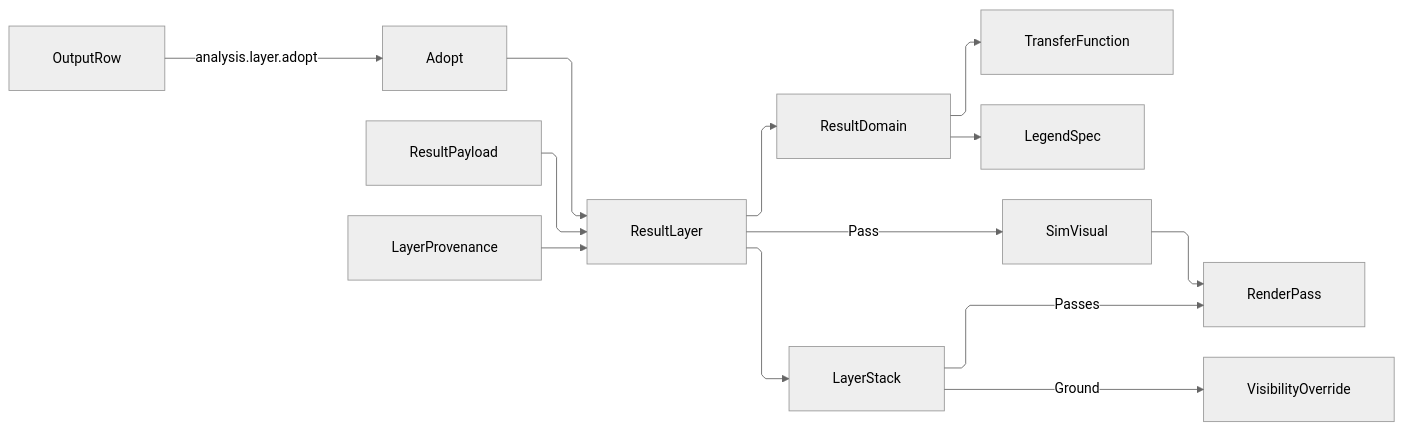
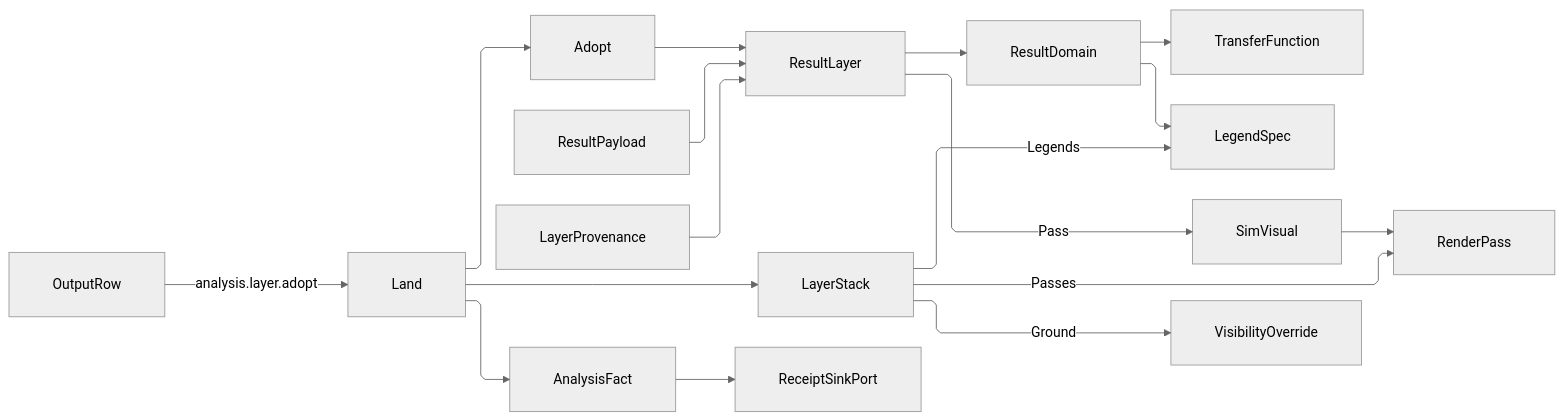
The diagram in libs/csharp/Rasm.AppUi/.planning/Analysis/layers.md (bsamiee/Rasm), drawn with Mermaid (neutral theme) before and after one commit. The commit also changed other lines of this file and 818 other files, not shown here.

````diff
--- a/libs/csharp/Rasm.AppUi/.planning/Analysis/layers.md
+++ b/libs/csharp/Rasm.AppUi/.planning/Analysis/layers.md
@@ -751,24 +863,28 @@
 ```mermaid
 ---
 config:
   layout: elk
   flowchart:
     curve: linear
     padding: 25
 ---
 flowchart LR
     accTitle: Sealed study output to mounted result layer
-    accDescr: The run queue raising the adoption verb over a sealed output row, the one adoption fold reading the gated artifact and minting a result layer whose domain elects both its transfer function and its legend, and the stack projecting ordered render passes beside one ground x-ray.
-    OutputRow -->|analysis.layer.adopt| Adopt
+    accDescr: The run queue raising the adoption verb over a sealed output row, the one landing fold reading the gated artifact and minting or re-running a result layer whose domain elects both its transfer function and its legend, the stack projecting ordered render passes beside one ground x-ray and one legend set, and the mount fact sealing onto the evidence sink.
+    OutputRow -->|analysis.layer.adopt| Land
+    Land --> Adopt
     Adopt --> ResultLayer
     ResultPayload --> ResultLayer
     LayerProvenance --> ResultLayer
     ResultLayer --> ResultDomain
     ResultDomain --> TransferFunction
     ResultDomain --> LegendSpec
     ResultLayer -->|Pass| SimVisual
     SimVisual --> RenderPass
-    ResultLayer --> LayerStack
+    Land --> LayerStack
+    Land --> AnalysisFact
+    AnalysisFact --> ReceiptSinkPort
     LayerStack -->|Passes| RenderPass
+    LayerStack -->|Legends| LegendSpec
     LayerStack -->|Ground| VisibilityOverride
 ```
````
